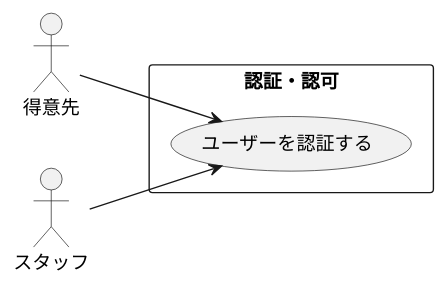
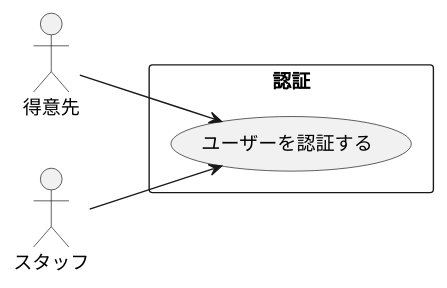
Diagram 45 of 49 in docs/index.adoc (k2works/application_programing_excercise_2022), drawn with PlantUML before and after one commit. The commit also changed other lines of this file, not shown here.

```diff
--- a/docs/index.adoc
+++ b/docs/index.adoc
@@ -1470,13 +1497,13 @@
 [plantuml]
 ----
 @startuml
 left to right direction
 actor "得意先" as customer
 actor "スタッフ" as staff
-rectangle 認証・認可 {
+rectangle 認証 {
   usecase "ユーザーを認証する" as UC1
 }
 customer --> UC1
 staff --> UC1
 @enduml
 ----
```
